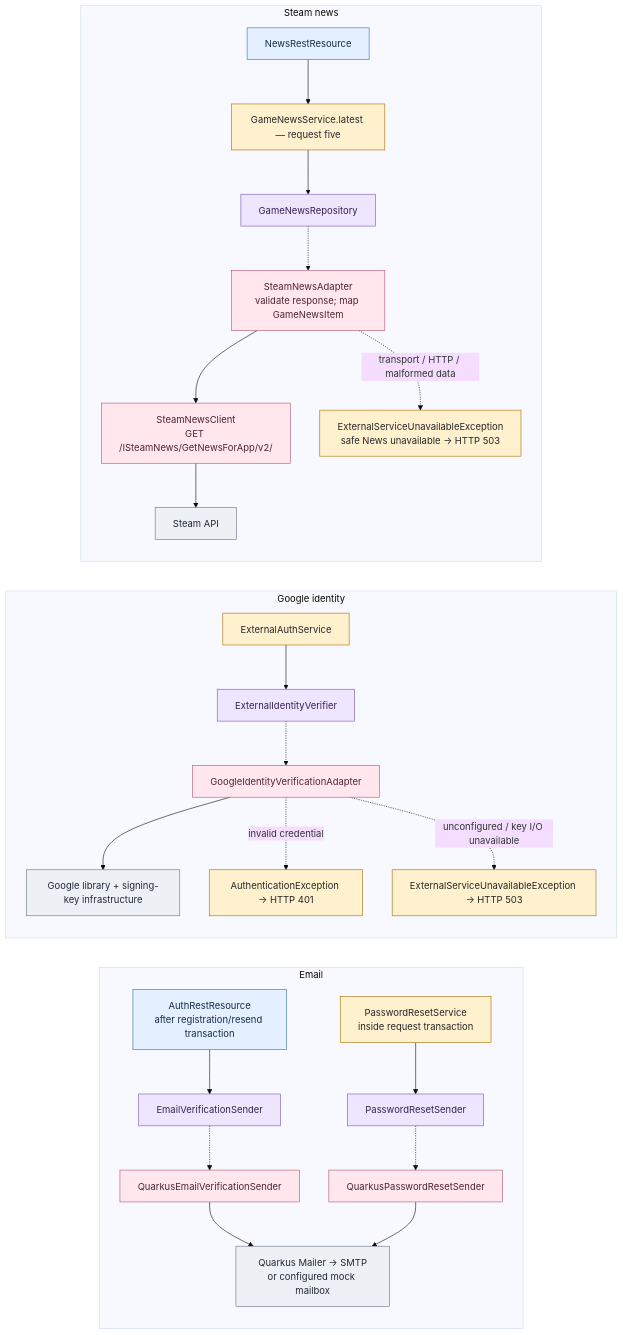
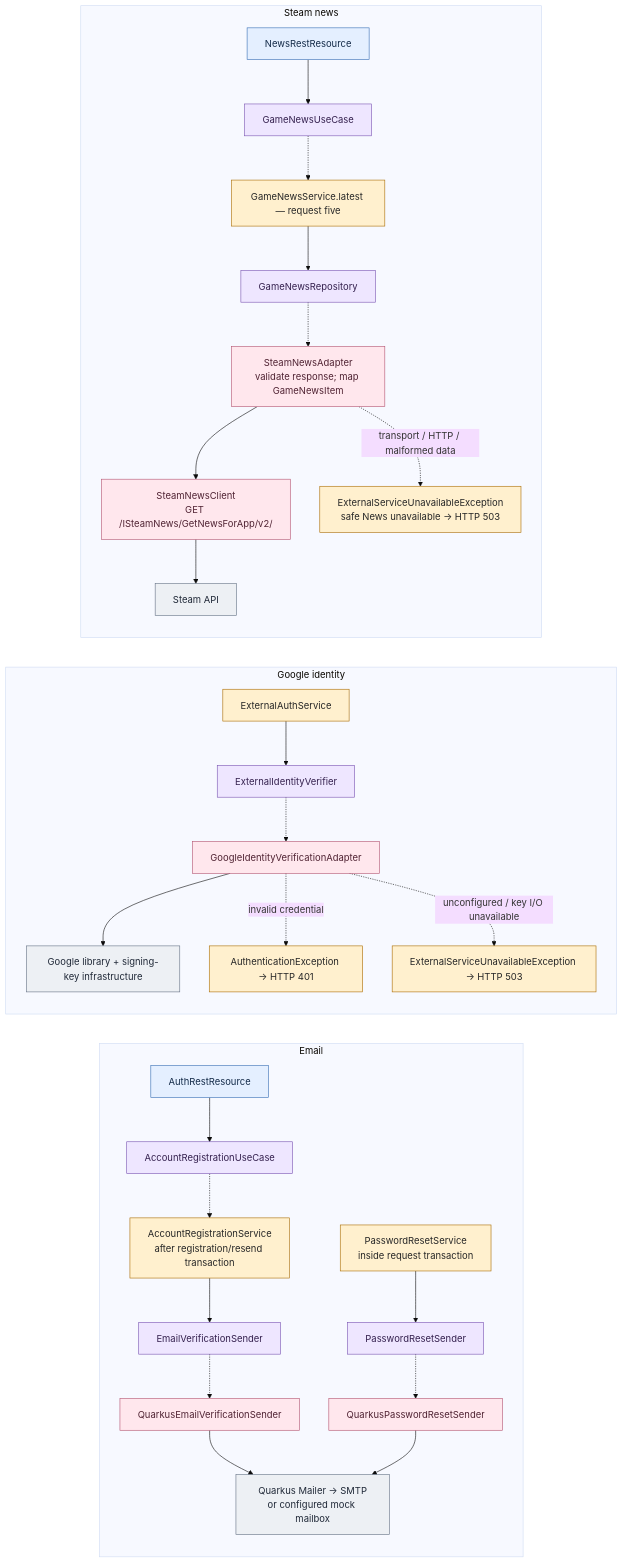
The diagram in docs/architecture/external-services.mmd (alexungu04genoff/RingLab), drawn with Mermaid (base theme) before and after one commit. The commit also changed 100 other files, not shown here.

```diff
--- a/docs/architecture/external-services.mmd
+++ b/docs/architecture/external-services.mmd
@@ -1,34 +1,35 @@
 flowchart TB
   subgraph news["Steam news"]
     direction TB
-    nr["NewsRestResource"]:::rest --> ns["GameNewsService.latest — request five"]:::app
+    nr["NewsRestResource"]:::rest --> newsInput["GameNewsUseCase"]:::port -.-> ns["GameNewsService.latest — request five"]:::app
     ns --> np["GameNewsRepository"]:::port
     np -.-> na["SteamNewsAdapter<br/>validate response; map GameNewsItem"]:::adapter
     na --> nc["SteamNewsClient<br/>GET /ISteamNews/GetNewsForApp/v2/"]:::adapter
     nc --> steam["Steam API"]:::outside
     na -.->|"transport / HTTP / malformed data"| ne["ExternalServiceUnavailableException<br/>safe News unavailable → HTTP 503"]:::app
   end
   subgraph identity["Google identity"]
     direction TB
     es["ExternalAuthService"]:::app --> ip["ExternalIdentityVerifier"]:::port
     ip -.-> ia["GoogleIdentityVerificationAdapter"]:::adapter
     ia --> google["Google library + signing-key infrastructure"]:::outside
     ia -.->|"invalid credential"| invalid["AuthenticationException → HTTP 401"]:::app
     ia -.->|"unconfigured / key I/O unavailable"| unavailable["ExternalServiceUnavailableException → HTTP 503"]:::app
   end
   subgraph mail["Email"]
     direction TB
-    ar["AuthRestResource<br/>after registration/resend transaction"]:::rest --> ep["EmailVerificationSender"]:::port
+    ar["AuthRestResource"]:::rest --> accountInput["AccountRegistrationUseCase"]:::port
+    accountInput -.-> registration["AccountRegistrationService<br/>after registration/resend transaction"]:::app --> ep["EmailVerificationSender"]:::port
     ep -.-> ea["QuarkusEmailVerificationSender"]:::adapter
     ps["PasswordResetService<br/>inside request transaction"]:::app --> rp["PasswordResetSender"]:::port
     rp -.-> ra["QuarkusPasswordResetSender"]:::adapter
     ea --> smtp["Quarkus Mailer → SMTP<br/>or configured mock mailbox"]:::outside
     ra --> smtp
   end
   %% Layout only: these external systems do not call one another.
   news ~~~ identity ~~~ mail
   classDef rest fill:#e4efff,stroke:#356db4,color:#142b49
   classDef app fill:#fff0ce,stroke:#a96b00,color:#272727
   classDef port fill:#eee6ff,stroke:#7954b1,color:#35214f
   classDef adapter fill:#ffe7ed,stroke:#b45370,color:#502333
   classDef outside fill:#edf0f4,stroke:#657184,color:#202938
```
